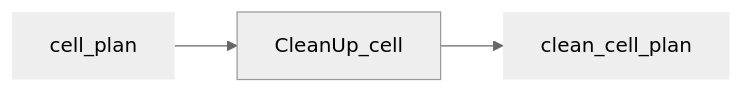
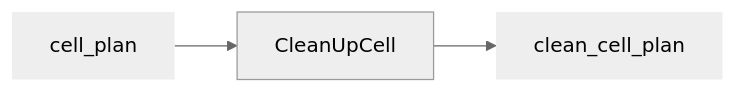
The fifth of 14 diagrams in README.md (djvanderlaan/pipeline), drawn with Mermaid (neutral theme) before and after one commit. The commit also changed other lines of this file, not shown here.

````diff
--- a/README.md
+++ b/README.md
@@ -55,7 +55,7 @@
 ```mermaid
 flowchart LR
 
-cell_plan:::data --> CleanUp_cell --> clean_cell_plan:::data
+cell_plan:::data --> CleanUpCell --> clean_cell_plan:::data
 
 classDef data stroke-width:0px
 ```
````
